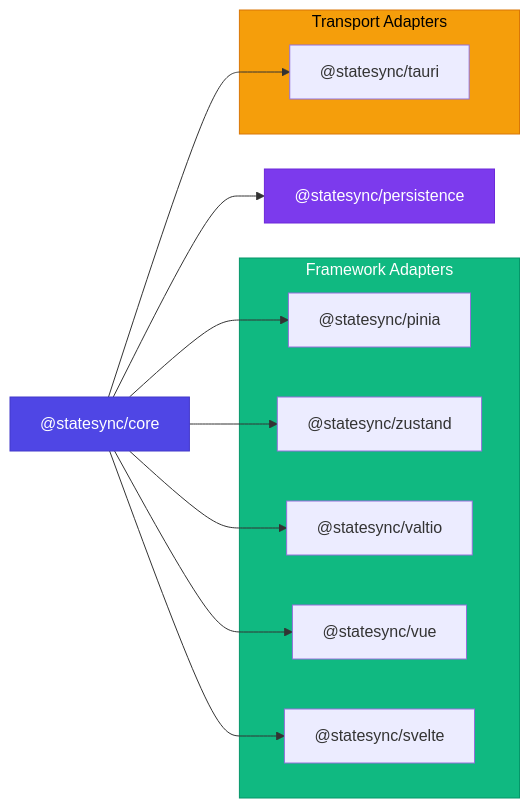
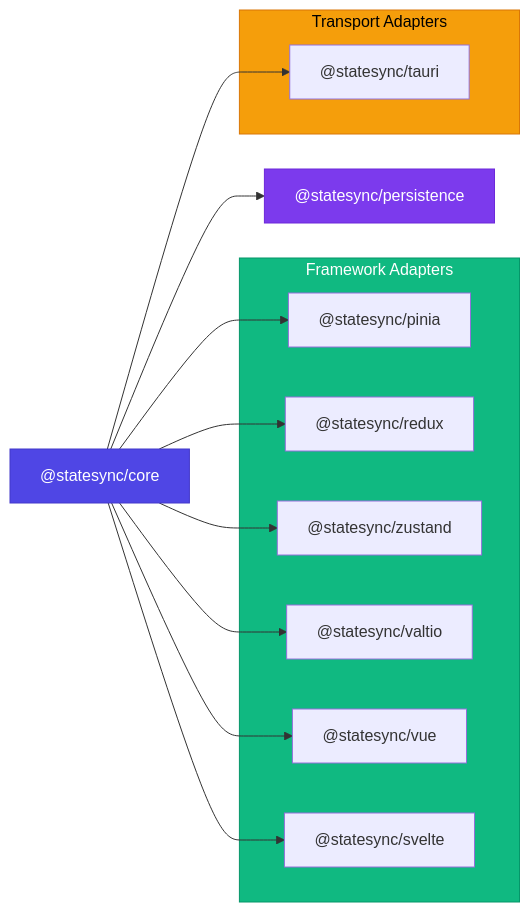
Before and after one commit to 777genius/state-sync: the second of 8 diagrams in docs/architecture.md, drawn with Mermaid. The commit also changed 171 other files, not shown here.

First line of the commit message:
feat: add @statesync/redux adapter package

````diff
--- a/docs/architecture.md
+++ b/docs/architecture.md
@@ -28,38 +28,41 @@
 ```mermaid
 graph LR
   Core["@statesync/core"]
 
   Persistence["@statesync/persistence"]
   Tauri["@statesync/tauri"]
 
   Pinia["@statesync/pinia"]
+  Redux["@statesync/redux"]
   Zustand["@statesync/zustand"]
   Valtio["@statesync/valtio"]
   VueAdapter["@statesync/vue"]
   Svelte["@statesync/svelte"]
 
   Core --> Persistence
   Core --> Tauri
   Core --> Pinia
+  Core --> Redux
   Core --> Zustand
   Core --> Valtio
   Core --> VueAdapter
   Core --> Svelte
 
   subgraph Framework["Framework Adapters"]
     Pinia
+    Redux
     Zustand
     Valtio
     VueAdapter
     Svelte
   end
 
   subgraph Transport["Transport Adapters"]
     Tauri
   end
 
   style Core fill:#4f46e5,color:#fff,stroke:#4338ca
   style Persistence fill:#7c3aed,color:#fff,stroke:#6d28d9
   style Framework fill:#10b981,color:#fff,stroke:#059669
   style Transport fill:#f59e0b,color:#000,stroke:#d97706
 ```
````
